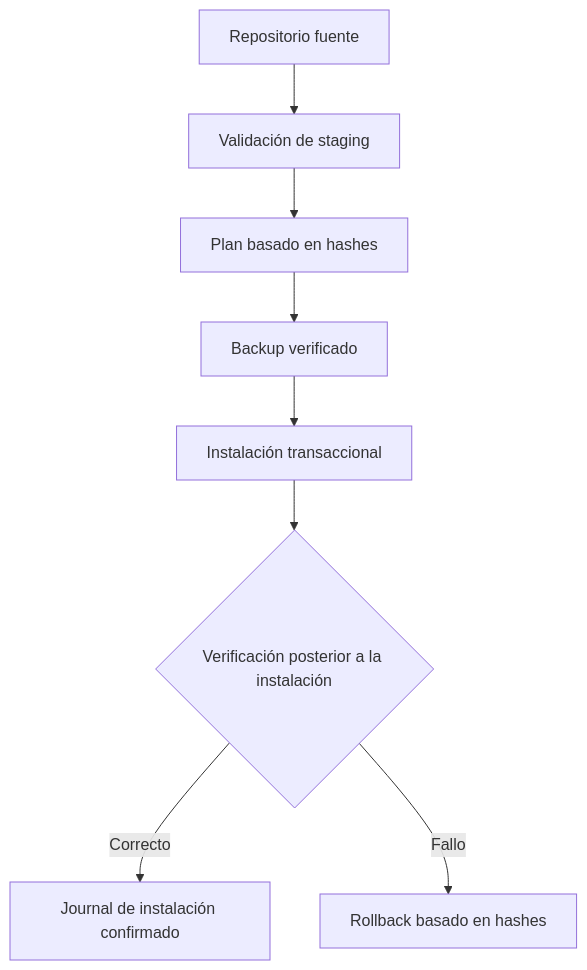
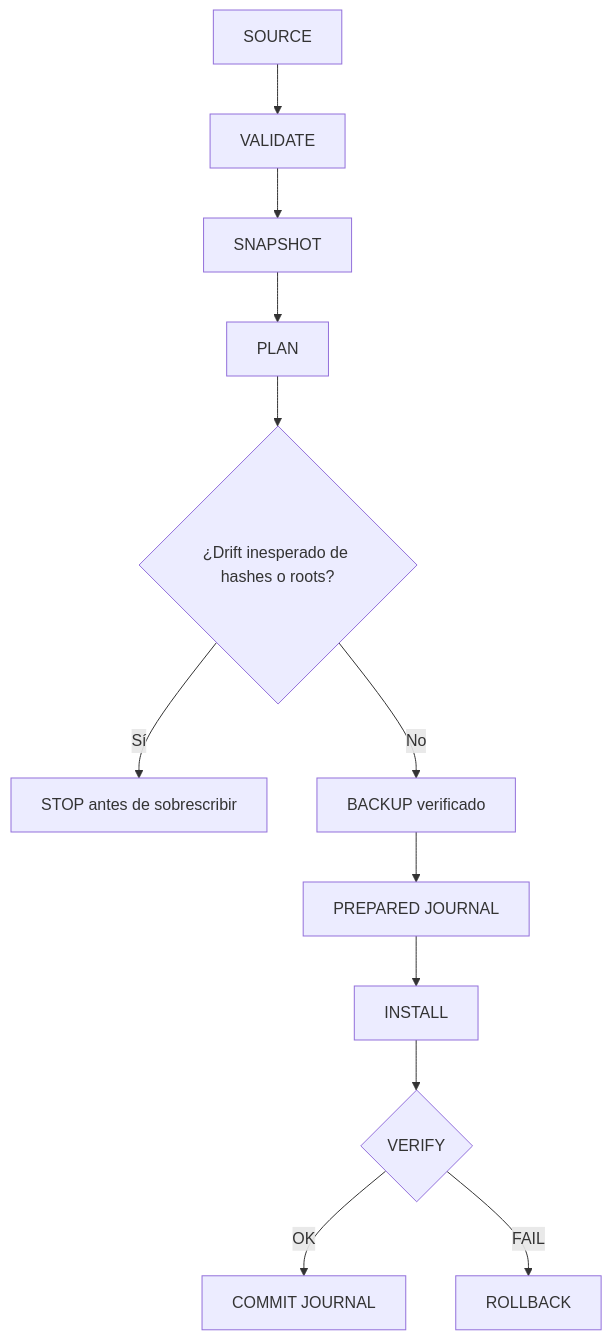
Before and after one commit to der-kaffe/bio-harness: the first of 3 diagrams in docs/installation.md, drawn with Mermaid. The commit also changed other lines of this file and 13 other files, not shown here.

````diff
--- a/docs/installation.md
+++ b/docs/installation.md
@@ -5,10 +5,14 @@
 ```mermaid
 flowchart TD
-    S[Repositorio fuente] --> V[Validación de staging]
-    V --> P[Plan basado en hashes]
-    P --> B[Backup verificado]
-    B --> I[Instalación transaccional]
-    I --> C{Verificación posterior a la instalación}
-    C -->|Correcto| D[Journal de instalación confirmado]
-    C -->|Fallo| R[Rollback basado en hashes]
+    S["SOURCE"] --> V["VALIDATE"]
+    V --> N["SNAPSHOT"]
+    N --> P["PLAN"]
+    P --> D{"¿Drift inesperado de hashes o roots?"}
+    D -->|Sí| X["STOP antes de sobrescribir"]
+    D -->|No| B["BACKUP verificado"]
+    B --> J["PREPARED JOURNAL"]
+    J --> I["INSTALL"]
+    I --> C{"VERIFY"}
+    C -->|OK| K["COMMIT JOURNAL"]
+    C -->|FAIL| R["ROLLBACK"]
 ```
````
